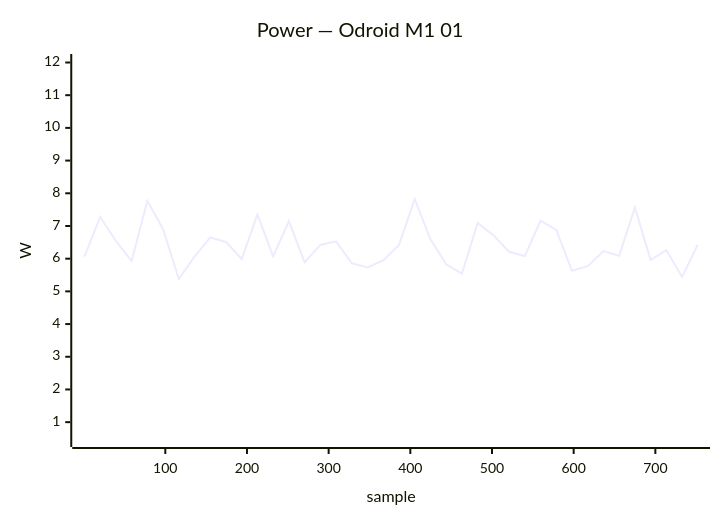
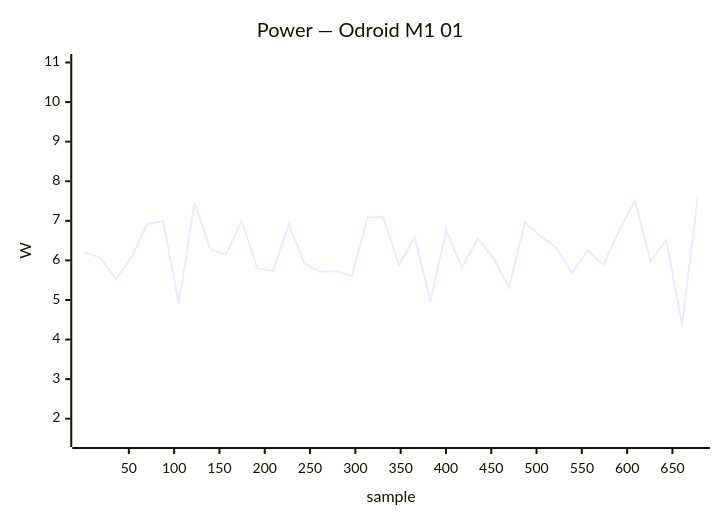
Before and after one commit to armbian/documentation: diagram 19 of 33 in docs/status/board-tests.md, drawn with Mermaid. The commit also changed other lines of this file, not shown here.

````diff
--- a/docs/status/board-tests.md
+++ b/docs/status/board-tests.md
@@ -1081,7 +1020,7 @@
 ```mermaid
 xychart-beta
     title "Power — Odroid M1 01"
-    x-axis "sample" 1 --> 752
-    y-axis "W" 0.5 --> 12.0
-    line [6.06, 7.28, 6.54, 5.93, 7.77, 6.90, 5.38, 6.06, 6.65, 6.51, 5.99, 7.35, 6.07, 7.15, 5.89, 6.42, 6.53, 5.86, 5.73, 5.95, 6.42, 7.82, 6.59, 5.83, 5.54, 7.09, 6.72, 6.21, 6.08, 7.16, 6.88, 5.63, 5.77, 6.23, 6.09, 7.57, 5.96, 6.26, 5.44, 6.43]
+    x-axis "sample" 1 --> 678
+    y-axis "W" 1.5 --> 11.0
+    line [6.21, 6.07, 5.52, 6.08, 6.92, 6.99, 4.92, 7.46, 6.28, 6.15, 7.00, 5.79, 5.74, 6.91, 5.91, 5.71, 5.73, 5.60, 7.09, 7.09, 5.89, 6.59, 4.96, 6.76, 5.82, 6.55, 6.06, 5.31, 6.96, 6.61, 6.32, 5.68, 6.25, 5.88, 6.76, 7.51, 5.97, 6.51, 4.36, 7.62]
 ```
````
